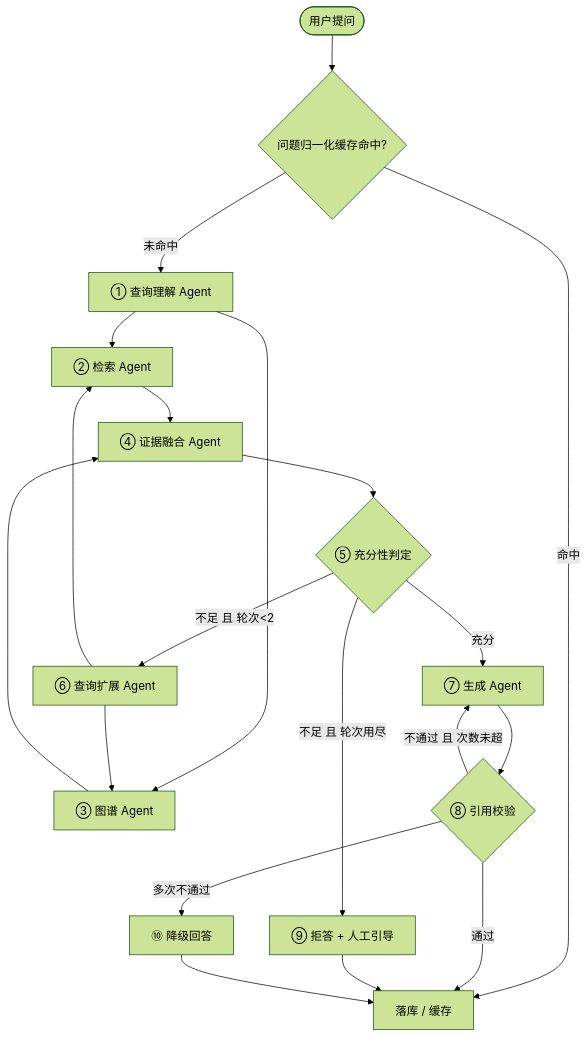
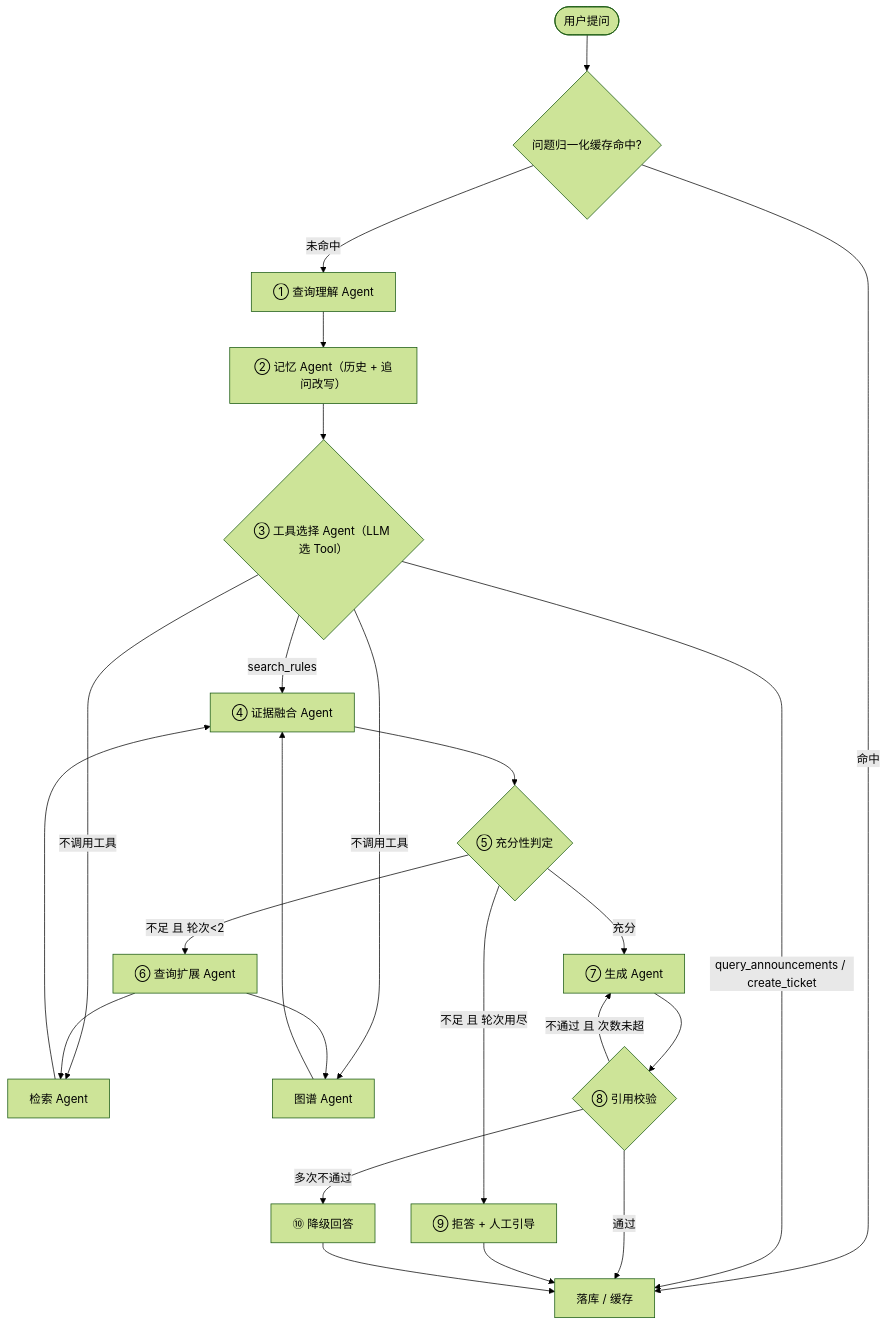
The diagram in docs/architecture-v2.md (xc-0525/school-rules-rag-platform), drawn with Mermaid (forest theme) before and after one commit. The commit also changed other lines of this file and 23 other files, not shown here.

First line of the commit message:
feat: Tool Calling + 多轮记忆（3 个真实工具 / ReAct / 追问改写）

````diff
--- a/docs/architecture-v2.md
+++ b/docs/architecture-v2.md
@@ -58,22 +60,26 @@
 ```mermaid
 flowchart TD
     A([用户提问]) --> B{问题归一化缓存命中?}
     B -->|命中| P[落库 / 缓存]
     B -->|未命中| C[① 查询理解 Agent]
-    C --> D1[② 检索 Agent]
-    C --> D2[③ 图谱 Agent]
-    D1 --> E[④ 证据融合 Agent]
+    C --> M[② 记忆 Agent（历史 + 追问改写）]
+    M --> T{③ 工具选择 Agent（LLM 选 Tool）}
+    T -->|query_announcements / create_ticket| P
+    T -->|search_rules| E[④ 证据融合 Agent]
+    T -->|不调用工具| D1[检索 Agent]
+    T -->|不调用工具| D2[图谱 Agent]
+    D1 --> E
     D2 --> E
     E --> F{⑤ 充分性判定}
     F -->|不足 且 轮次<2| G[⑥ 查询扩展 Agent]
     G --> D1
     G --> D2
     F -->|不足 且 轮次用尽| H[⑨ 拒答 + 人工引导]
     F -->|充分| I[⑦ 生成 Agent]
     I --> J{⑧ 引用校验}
     J -->|不通过 且 次数未超| I
     J -->|多次不通过| K[⑩ 降级回答]
     J -->|通过| P
     H --> P
     K --> P
 ```
````
